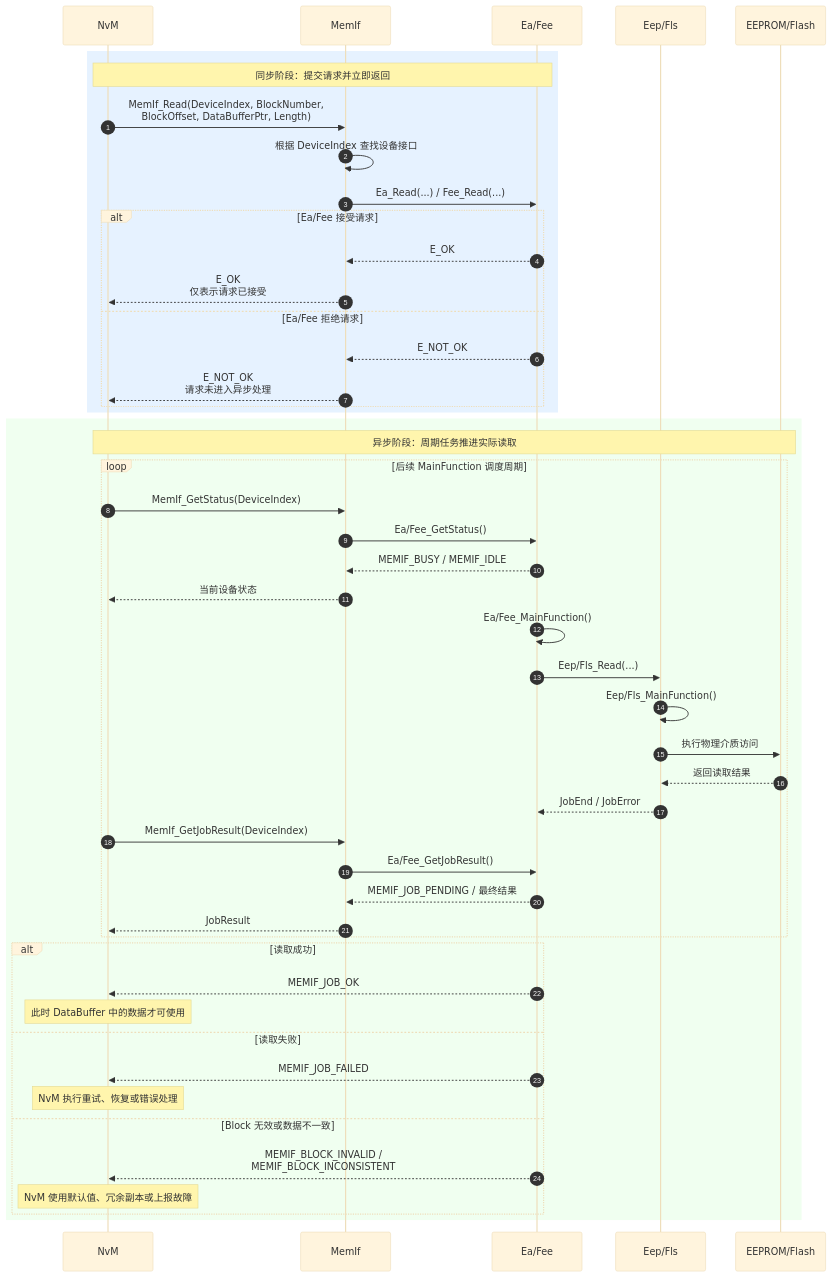
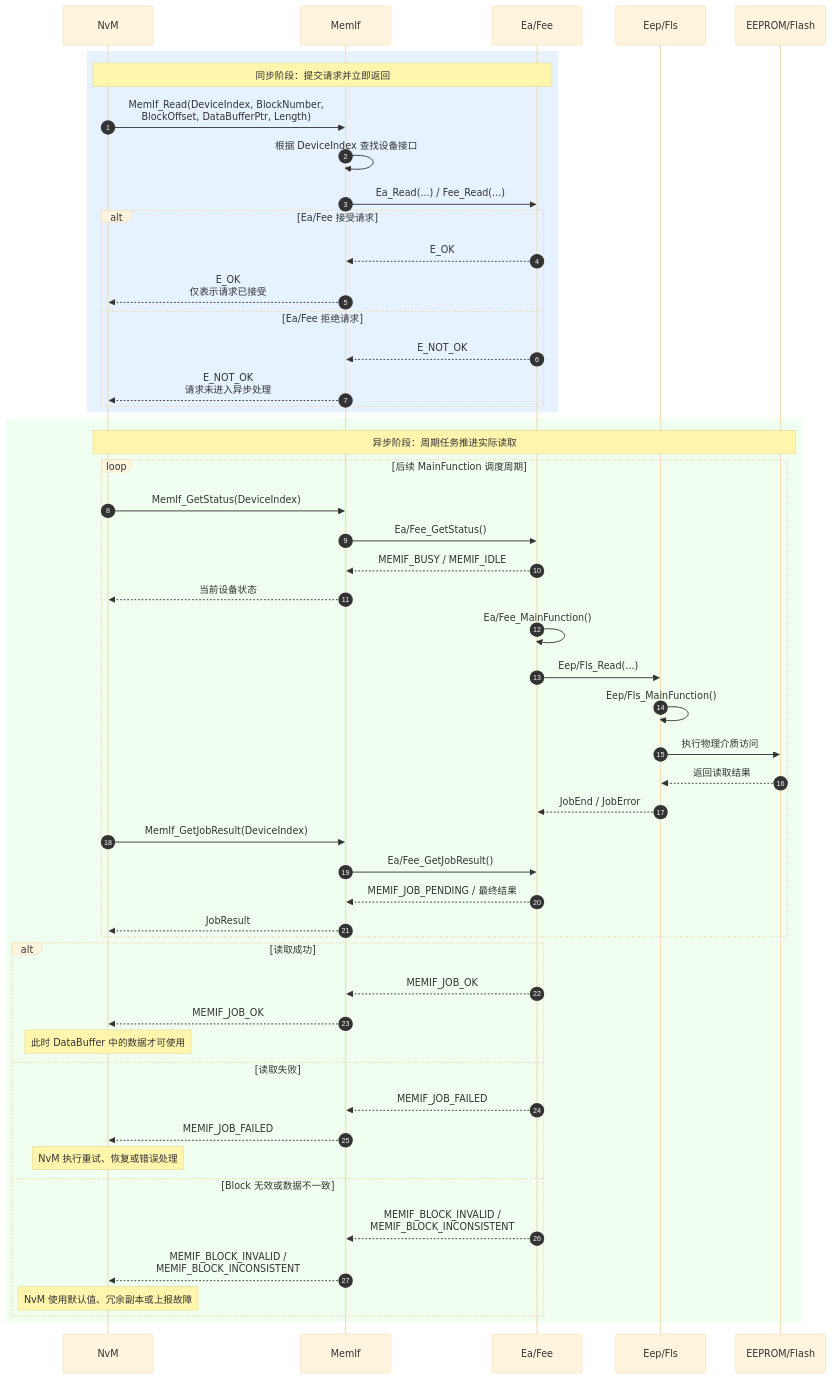
One commit to leehyon/garden changed the diagram in content/autosar/classic/MemIf.md. Above: the diagram before and after it, drawn with Mermaid (base theme). The commit also changed 4 other files, not shown here.

````diff
--- a/content/autosar/classic/MemIf.md
+++ b/content/autosar/classic/MemIf.md
@@ -64,61 +64,64 @@
 ```mermaid
 sequenceDiagram
     autonumber
 
     participant NvM
     participant MemIf
     participant EaFee as Ea/Fee
     participant Driver as Eep/Fls
     participant HW as EEPROM/Flash
 
     rect rgb(230, 242, 255)
         Note over NvM,EaFee: 同步阶段：提交请求并立即返回
 
         NvM->>MemIf: MemIf_Read(DeviceIndex, BlockNumber,<br/>BlockOffset, DataBufferPtr, Length)
         MemIf->>MemIf: 根据 DeviceIndex 查找设备接口
         MemIf->>EaFee: Ea_Read(...) / Fee_Read(...)
 
         alt Ea/Fee 接受请求
             EaFee-->>MemIf: E_OK
             MemIf-->>NvM: E_OK<br/>仅表示请求已接受
         else Ea/Fee 拒绝请求
             EaFee-->>MemIf: E_NOT_OK
             MemIf-->>NvM: E_NOT_OK<br/>请求未进入异步处理
         end
     end
 
     rect rgb(240, 255, 240)
         Note over NvM,HW: 异步阶段：周期任务推进实际读取
 
         loop 后续 MainFunction 调度周期
             NvM->>MemIf: MemIf_GetStatus(DeviceIndex)
             MemIf->>EaFee: Ea/Fee_GetStatus()
             EaFee-->>MemIf: MEMIF_BUSY / MEMIF_IDLE
             MemIf-->>NvM: 当前设备状态
 
             EaFee->>EaFee: Ea/Fee_MainFunction()
             EaFee->>Driver: Eep/Fls_Read(...)
 
             Driver->>Driver: Eep/Fls_MainFunction()
             Driver->>HW: 执行物理介质访问
             HW-->>Driver: 返回读取结果
             Driver-->>EaFee: JobEnd / JobError
 
             NvM->>MemIf: MemIf_GetJobResult(DeviceIndex)
             MemIf->>EaFee: Ea/Fee_GetJobResult()
             EaFee-->>MemIf: MEMIF_JOB_PENDING / 最终结果
             MemIf-->>NvM: JobResult
         end
 
         alt 读取成功
-            EaFee-->>NvM: MEMIF_JOB_OK
+            EaFee-->>MemIf: MEMIF_JOB_OK
+            MemIf-->>NvM: MEMIF_JOB_OK
             Note over NvM: 此时 DataBuffer 中的数据才可使用
         else 读取失败
-            EaFee-->>NvM: MEMIF_JOB_FAILED
+            EaFee-->>MemIf: MEMIF_JOB_FAILED
+            MemIf-->>NvM: MEMIF_JOB_FAILED
             Note over NvM: NvM 执行重试、恢复或错误处理
         else Block 无效或数据不一致
-            EaFee-->>NvM: MEMIF_BLOCK_INVALID /<br/>MEMIF_BLOCK_INCONSISTENT
+            EaFee-->>MemIf: MEMIF_BLOCK_INVALID /<br/>MEMIF_BLOCK_INCONSISTENT
+            MemIf-->>NvM: MEMIF_BLOCK_INVALID /<br/>MEMIF_BLOCK_INCONSISTENT
             Note over NvM: NvM 使用默认值、冗余副本或上报故障
         end
     end
 ```
````
